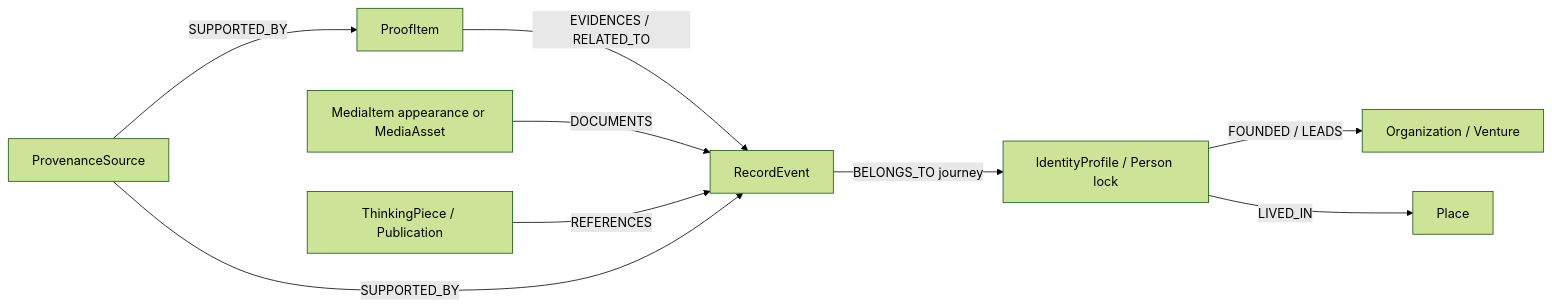
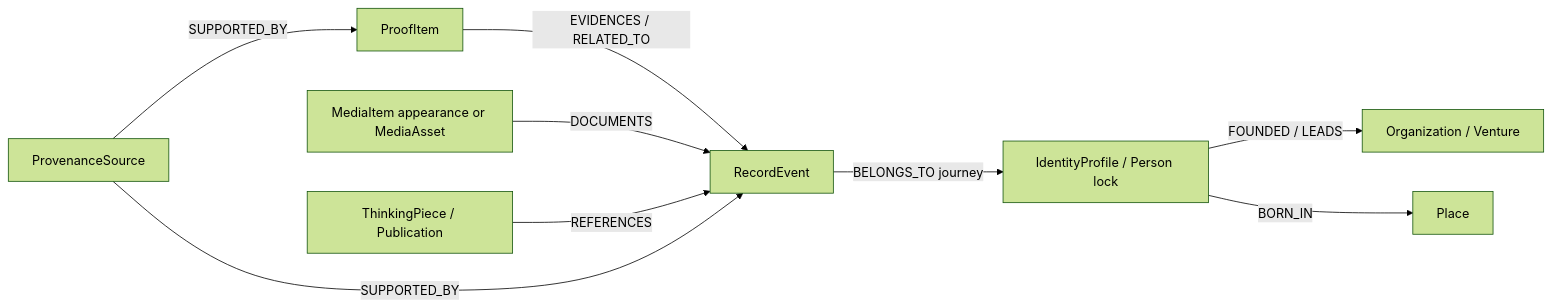
The second of 2 diagrams in docs/CMS-DATA-MODEL.md (clevonegroup911/eroish.clevones.com), drawn with Mermaid (forest theme) before and after one commit. The commit also changed other lines of this file and 6 other files, not shown here.

First line of the commit message:
CMS-01 R2: resolve architecture review defects D1–D12

````diff
--- a/docs/CMS-DATA-MODEL.md
+++ b/docs/CMS-DATA-MODEL.md
@@ -1014,20 +1091,20 @@
 ```mermaid
 flowchart LR
   EJC["IdentityProfile / Person lock"]
   Org["Organization / Venture"]
   Place["Place"]
   Rec["RecordEvent"]
   Proof["ProofItem"]
   Media["MediaItem appearance or MediaAsset"]
   Think["ThinkingPiece / Publication"]
   Prov["ProvenanceSource"]
 
   EJC -- "FOUNDED / LEADS" --> Org
-  EJC -- "LIVED_IN" --> Place
+  EJC -- "BORN_IN" --> Place
   Rec -- "BELONGS_TO journey" --> EJC
   Proof -- "EVIDENCES / RELATED_TO" --> Rec
   Media -- "DOCUMENTS" --> Rec
   Think -- "REFERENCES" --> Rec
   Prov -- "SUPPORTED_BY" --> Proof
   Prov -- "SUPPORTED_BY" --> Rec
 ```
````
